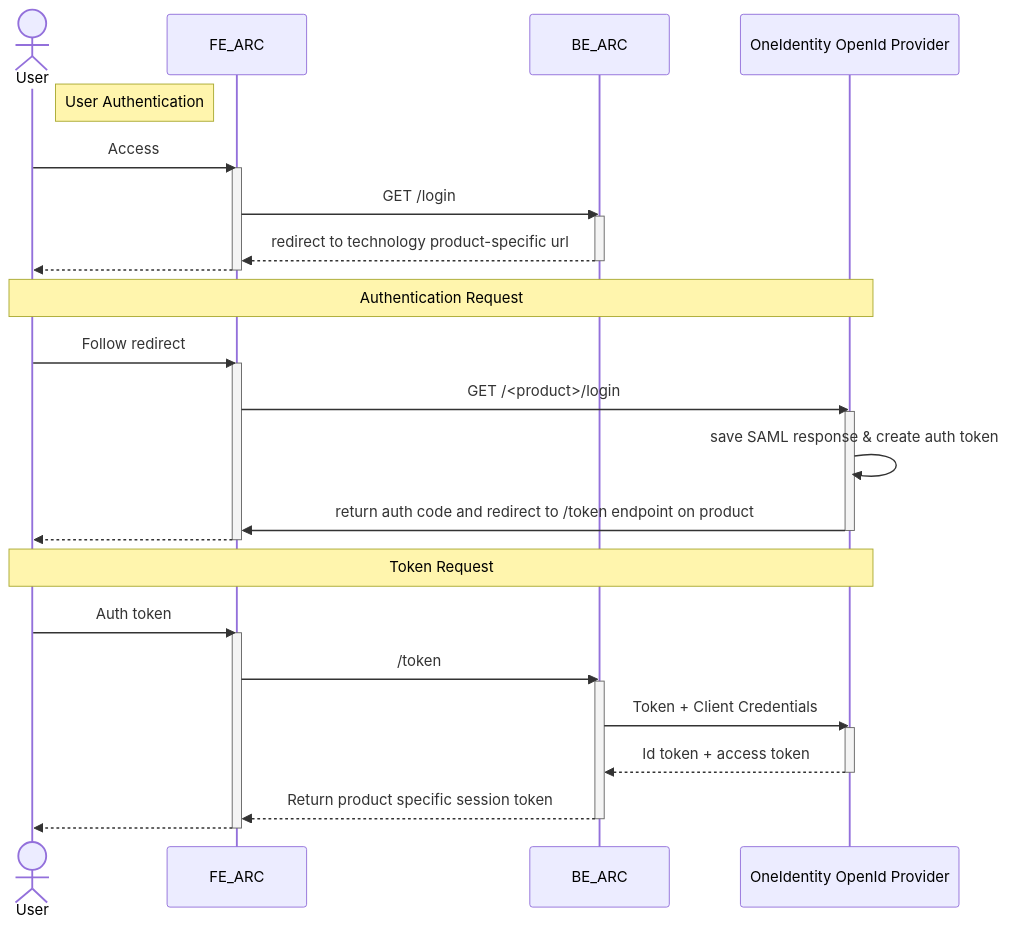
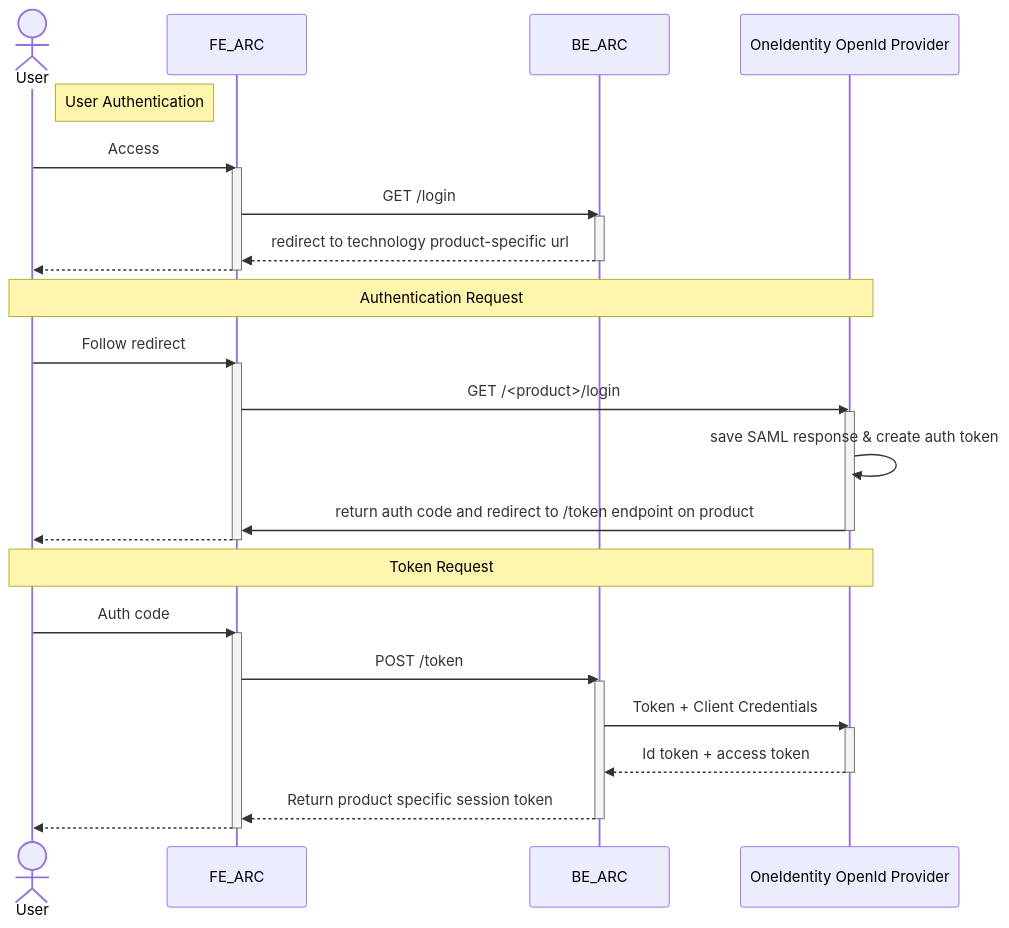
The diagram in design/arc/sequence_diagram_authentication.mmd (pagopa/p4pa-doc), drawn with Mermaid before and after one commit. The commit also changed 2 other files, not shown here.

Commit message:
P4PU-64 updated sequence diagrams

```diff
--- a/design/arc/sequence_diagram_authentication.mmd
+++ b/design/arc/sequence_diagram_authentication.mmd
@@ -1,40 +1,40 @@
 sequenceDiagram
 actor User
 participant FE_ARC
 participant BE_ARC
 participant OneIdentity OpenId Provider
 
 note right of User: User Authentication
 
     User ->> FE_ARC : Access
     activate FE_ARC
         FE_ARC ->> BE_ARC : GET /login
         activate BE_ARC
             BE_ARC -->> FE_ARC : redirect to technology product-specific url
         deactivate BE_ARC
         FE_ARC -->> User : #
     deactivate FE_ARC
 note over User, OneIdentity OpenId Provider: Authentication Request
     User ->> FE_ARC : Follow redirect
     activate FE_ARC
 		FE_ARC ->> OneIdentity OpenId Provider : GET /<product>/login
         activate OneIdentity OpenId Provider
             OneIdentity OpenId Provider ->> OneIdentity OpenId Provider : save SAML response & create auth token
             OneIdentity OpenId Provider ->> FE_ARC : return auth code and redirect to /token endpoint on product
         deactivate OneIdentity OpenId Provider
         FE_ARC -->> User : #
     deactivate FE_ARC
 
 note over User, OneIdentity OpenId Provider: Token Request
-    User ->> FE_ARC : Auth token
+    User ->> FE_ARC : Auth code
     activate FE_ARC
-        FE_ARC ->> BE_ARC : /token
+        FE_ARC ->> BE_ARC : POST /token
         activate BE_ARC
             BE_ARC ->> OneIdentity OpenId Provider : Token + Client Credentials
                 activate OneIdentity OpenId Provider
                     OneIdentity OpenId Provider -->> BE_ARC : Id token + access token
                 deactivate OneIdentity OpenId Provider
             BE_ARC -->> FE_ARC : Return product specific session token
         deactivate BE_ARC
         FE_ARC -->> User : #
     deactivate FE_ARC
```
